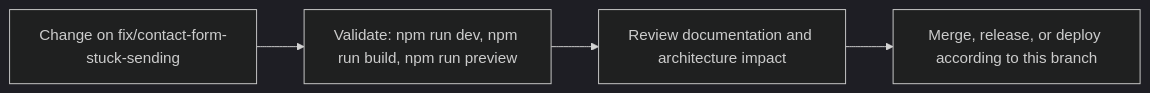
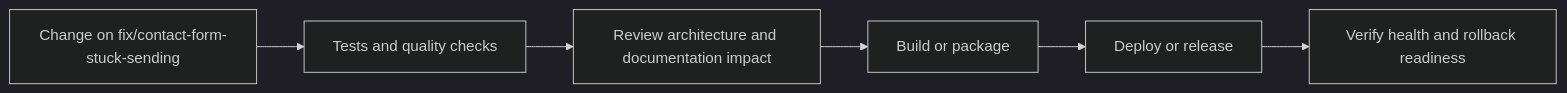
One commit to Nischhalsubba/nischhalsubba.com.np changed the seventh of 8 diagrams in README.md. Above: the diagram before and after it, drawn with Mermaid (dark theme). The commit also changed other lines of this file, not shown here.

````diff
--- a/README.md
+++ b/README.md
@@ -86,8 +218,8 @@
 ```mermaid
 flowchart LR
-    CHANGE["Change on fix/contact-form-stuck-sending"]
-    CHECK["Validate: npm run dev, npm run build, npm run preview"]
-    REVIEW["Review documentation and architecture impact"]
-    RELEASE["Merge, release, or deploy according to this branch"]
-    CHANGE --> CHECK --> REVIEW --> RELEASE
+    CHANGE["Change on fix/contact-form-stuck-sending"] --> CHECK["Tests and quality checks"]
+    CHECK --> REVIEW["Review architecture and documentation impact"]
+    REVIEW --> BUILD["Build or package"]
+    BUILD --> DEPLOY["Deploy or release"]
+    DEPLOY --> VERIFY["Verify health and rollback readiness"]
 ```
````
